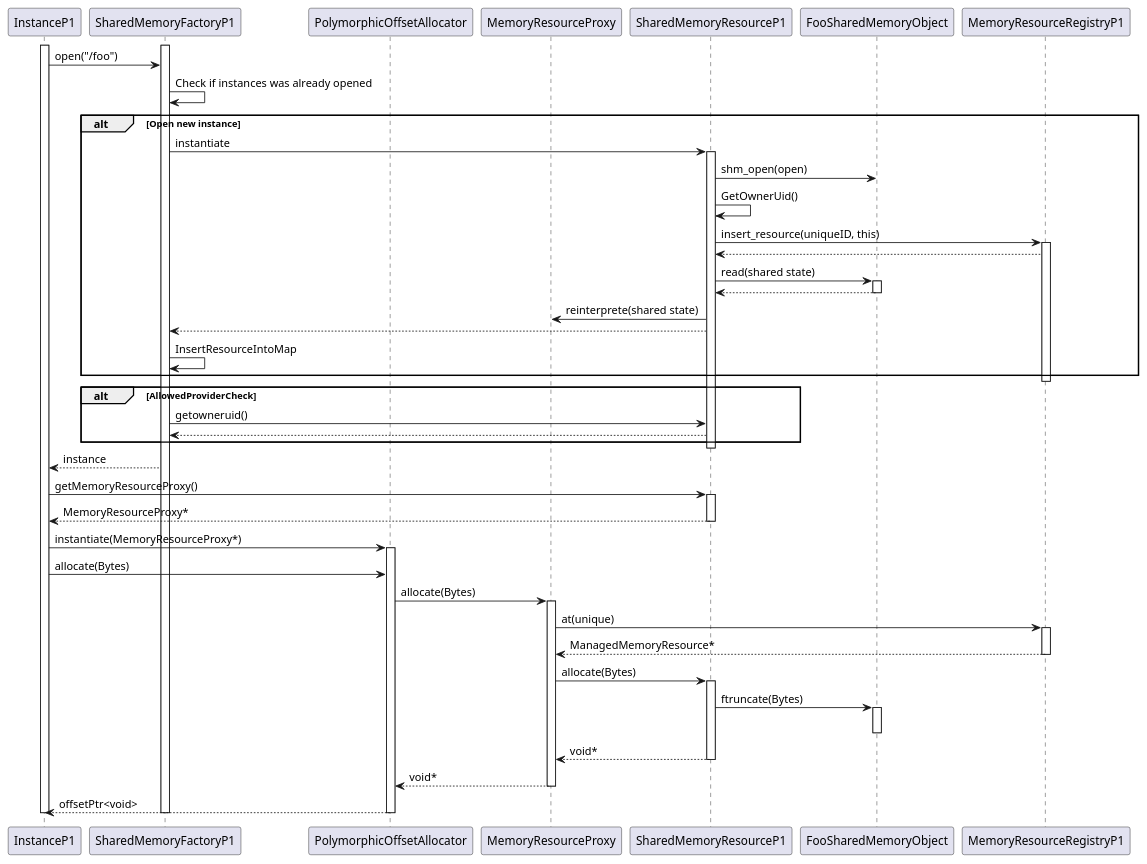
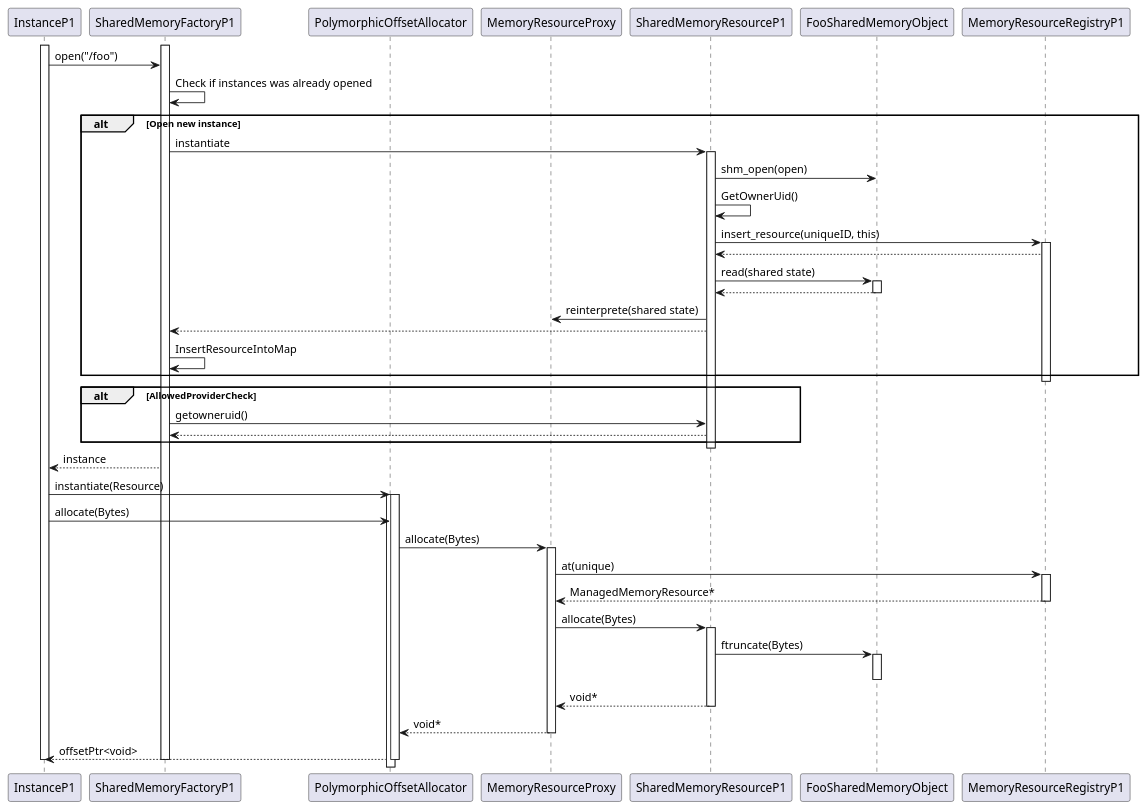
Before and after one commit to eclipse-score/communication: the diagram in score/memory/design/shared_memory/memory_allocation_workflow_seq.puml, drawn with PlantUML. The commit also changed 13 other files, not shown here.

First line of the commit message:
Restrict MemoryResourceProxy access and update allocator API

```diff
--- a/score/memory/design/shared_memory/memory_allocation_workflow_seq.puml
+++ b/score/memory/design/shared_memory/memory_allocation_workflow_seq.puml
@@ -1,93 +1,89 @@
 @startuml memory_allocation_workflow_seq
 ' Sequence diagram for memory allocation workflow
 
 participant InstanceP1 as Instance
 participant SharedMemoryFactoryP1 as Factory
 participant PolymorphicOffsetAllocator as Allocator
 participant MemoryResourceProxy as Proxy
 participant SharedMemoryResourceP1 as Resource
 participant FooSharedMemoryObject as FooObject
 participant MemoryResourceRegistryP1 as Registry
 
 
 activate Instance
 activate Factory
 Instance -> Factory: open("/foo")
 Factory -> Factory: Check if instances was already opened
 
 
 alt Open new instance
     Factory -> Resource: instantiate
     activate Resource
     Resource -> FooObject: shm_open(open)
 
     Resource -> Resource: GetOwnerUid()
 
     Resource -> Registry: insert_resource(uniqueID, this)
     activate Registry
     Registry --> Resource
 
 
     Resource -> FooObject: read(shared state)
     activate FooObject
     FooObject --> Resource
     deactivate FooObject
 
     Resource -> Proxy: reinterprete(shared state)
 
     Resource --> Factory
 
     Factory -> Factory: InsertResourceIntoMap
 
 end
 
 
 deactivate Registry
 
 
 alt AllowedProviderCheck
     Factory-> Resource: getowneruid()
     Resource --> Factory
 
 end
 deactivate Resource
 
 Factory --> Instance: instance
 
-Instance -> Resource: getMemoryResourceProxy()
-activate Resource
-Resource --> Instance: MemoryResourceProxy*
-deactivate Resource
-
-Instance -> Allocator: instantiate(MemoryResourceProxy*)
+Instance -> Allocator: instantiate(Resource)
+activate Allocator
 activate Allocator
 Instance -> Allocator: allocate(Bytes)
 Allocator -> Proxy: allocate(Bytes)
 activate Proxy
 Proxy -> Registry: at(unique)
 activate Registry
 Registry --> Proxy: ManagedMemoryResource*
 deactivate Registry
 
 Proxy -> Resource: allocate(Bytes)
 activate Resource
 Resource -> FooObject: ftruncate(Bytes)
 activate FooObject
 deactivate FooObject
 
 Resource --> Proxy: void*
 deactivate Resource
 
 Proxy --> Allocator: void*
 deactivate Proxy
 
 Allocator --> Instance: offsetPtr<void>
 deactivate Allocator
 
 
 
 
 
 deactivate Factory
 deactivate Instance
 @enduml
```
